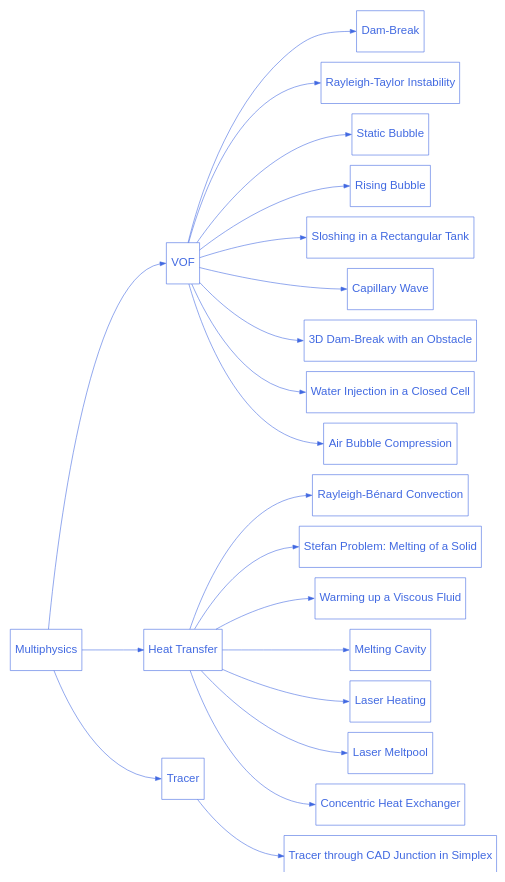
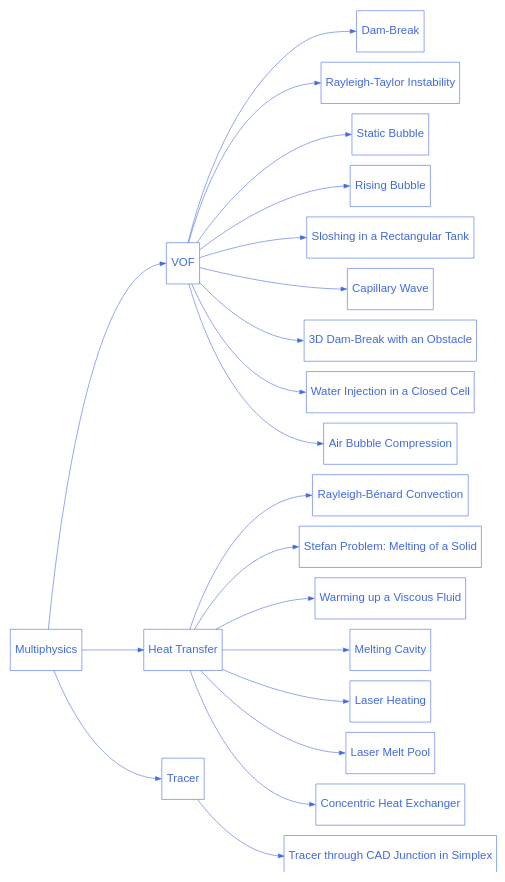
Before and after one commit to chaos-polymtl/lethe: the diagram in doc/source/examples/multiphysics/multiphysics.rst, drawn with Graphviz. The commit also changed 9 other files, not shown here.

Commit message:
Correct 'melt pool' throughout documentation

```diff
--- a/doc/source/examples/multiphysics/multiphysics.rst
+++ b/doc/source/examples/multiphysics/multiphysics.rst
@@ -14,75 +14,75 @@
 .. graphviz:: 
 
     digraph multiphysics_diagram {
       graph [bgcolor="transparent", align=true, ranksep=1.5];
       node [fontname=Arial, fontsize=20, shape=box, fontcolor=royalblue, color=royalblue, height=1];
       edge [color=royalblue];
       rankdir="LR";
       size = "9,9";
 
       multiphysics [label="Multiphysics", href="https://lethe-cfd.github.io/lethe/examples/multiphysics/multiphysics.html"];
 
       multiphysics_1 [label="VOF", href="https://lethe-cfd.github.io/lethe/examples/multiphysics/vof.html"];  
 
       multiphysics_1_1 [label="Dam-Break", href="https://lethe-cfd.github.io/lethe/examples/multiphysics/dam-break/dam-break.html"];
 
       multiphysics_1_2 [label="Rayleigh-Taylor Instability", href="https://lethe-cfd.github.io/lethe/examples/multiphysics/rayleigh-taylor-instability/rayleigh-taylor-instability.html"];
 
       multiphysics_1_3 [label="Static Bubble", href="https://lethe-cfd.github.io/lethe/examples/multiphysics/static-bubble/static-bubble.html"];
 
       multiphysics_1_4 [label="Rising Bubble", href="https://lethe-cfd.github.io/lethe/examples/multiphysics/rising-bubble/rising-bubble.html"];
 
       multiphysics_1_5 [label="Sloshing in a Rectangular Tank", href="https://lethe-cfd.github.io/lethe/examples/multiphysics/sloshing-in-rectangular-tank/sloshing-in-rectangular-tank.html"];
 
       multiphysics_1_6 [label="Capillary Wave", href="https://lethe-cfd.github.io/lethe/examples/multiphysics/capillary-wave/capillary-wave.html"];
 
       multiphysics_1_7 [label="3D Dam-Break with an Obstacle", href="https://lethe-cfd.github.io/lethe/examples/multiphysics/3d-dam-break/3d-dam-break.html"];
 
       multiphysics_1_8 [label="Water Injection in a Closed Cell", href="https://lethe-cfd.github.io/lethe/examples/multiphysics/water-injection-in-a-closed-cell/water-injection-in-a-closed-cell.html"];
 
       multiphysics_1_9 [label="Air Bubble Compression", href="https://lethe-cfd.github.io/lethe/examples/multiphysics/air-bubble-compression/air-bubble-compression.html"];
 
       multiphysics_2 [label="Heat Transfer", href="https://lethe-cfd.github.io/lethe/examples/multiphysics/heat-transfer.html"];
 
       multiphysics_2_1 [label="Rayleigh-Bénard Convection", href="https://lethe-cfd.github.io/lethe/examples/multiphysics/rayleigh-benard-convection/rayleigh-benard-convection.html"];
 
       multiphysics_2_2 [label="Stefan Problem: Melting of a Solid", href="https://lethe-cfd.github.io/lethe/examples/multiphysics/stefan-problem/stefan-problem.html"];
 
       multiphysics_2_3 [label="Warming up a Viscous Fluid", href="https://lethe-cfd.github.io/lethe/examples/multiphysics/warming-up-a-viscous-fluid/warming-up-a-viscous-fluid.html"];
 
       multiphysics_2_4 [label="Melting Cavity", href="https://lethe-cfd.github.io/lethe/examples/multiphysics/melting-cavity/melting-cavity.html"];
 
       multiphysics_2_5 [label="Laser Heating", href="https://lethe-cfd.github.io/lethe/examples/multiphysics/laser-heating/laser-heating.html"];
 
-      multiphysics_2_6 [label="Laser Meltpool", href="https://lethe-cfd.github.io/lethe/examples/multiphysics/laser-meltpool/laser-meltpool.html"];
+      multiphysics_2_6 [label="Laser Melt Pool", href="https://lethe-cfd.github.io/lethe/examples/multiphysics/laser-melt-pool/laser-melt-pool.html"];
 
       multiphysics_2_7 [label="Concentric Heat Exchanger", href="https://lethe-cfd.github.io/lethe/examples/multiphysics/concentric-heat-exchanger/concentric-heat-exchanger.html"];
 
       multiphysics_3 [label="Tracer", href="https://lethe-cfd.github.io/lethe/examples/multiphysics/tracer.html"];  
 
       multiphysics_3_1 [label="Tracer through CAD Junction in Simplex", href="https://lethe-cfd.github.io/lethe/examples/multiphysics/tracer-through-cad-junction/tracer-through-cad-junction.html"];
 
       multiphysics -> multiphysics_1:w;
       multiphysics -> multiphysics_2:w;
       multiphysics -> multiphysics_3:w;
 
       multiphysics_1 -> multiphysics_1_1:w;
       multiphysics_1 -> multiphysics_1_2:w;
       multiphysics_1 -> multiphysics_1_3:w;
       multiphysics_1 -> multiphysics_1_4:w;
       multiphysics_1 -> multiphysics_1_5:w;
       multiphysics_1 -> multiphysics_1_6:w;
       multiphysics_1 -> multiphysics_1_7:w;
       multiphysics_1 -> multiphysics_1_8:w;
       multiphysics_1 -> multiphysics_1_9:w;
 
       multiphysics_2 -> multiphysics_2_1:w;
       multiphysics_2 -> multiphysics_2_2:w;
       multiphysics_2 -> multiphysics_2_3:w;
       multiphysics_2 -> multiphysics_2_4:w;
       multiphysics_2 -> multiphysics_2_5:w;
       multiphysics_2 -> multiphysics_2_6:w;
       multiphysics_2 -> multiphysics_2_7:w;
 
       multiphysics_3 -> multiphysics_3_1:w;
     }
```
